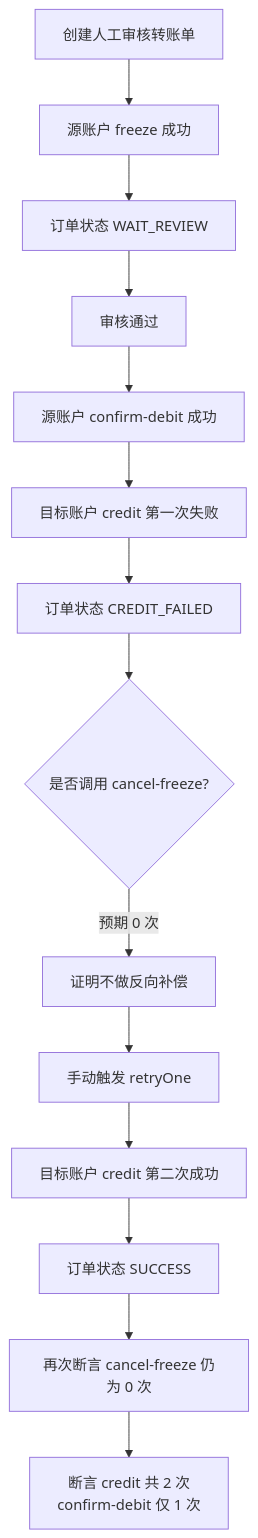
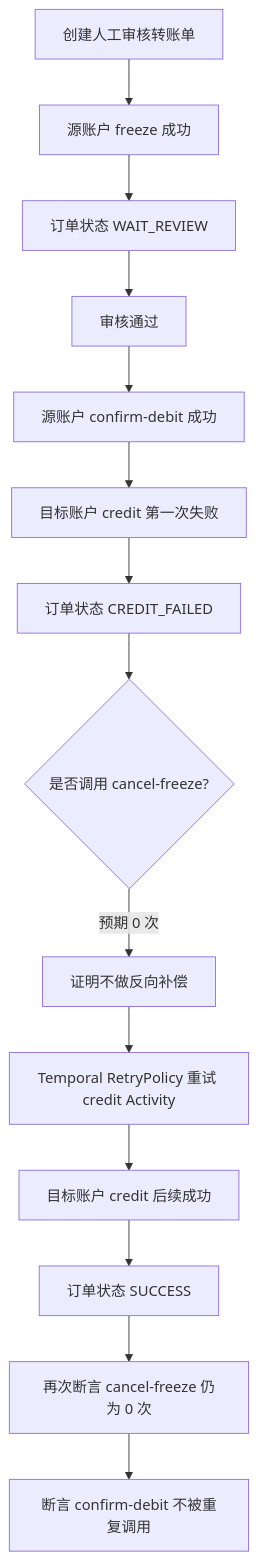
Before and after one commit to recluse01/demo-transfer: the fifth of 5 diagrams in docs/design/testing-strategy.md, drawn with Mermaid. The commit also changed other lines of this file and 22 other files, not shown here.

````diff
--- a/docs/design/testing-strategy.md
+++ b/docs/design/testing-strategy.md
@@ -184,16 +184,16 @@
 ```mermaid
 flowchart TD
     A[创建人工审核转账单] --> B[源账户 freeze 成功]
     B --> C[订单状态 WAIT_REVIEW]
     C --> D[审核通过]
     D --> E[源账户 confirm-debit 成功]
     E --> F[目标账户 credit 第一次失败]
     F --> G[订单状态 CREDIT_FAILED]
     G --> H{是否调用 cancel-freeze?}
     H -->|预期 0 次| I[证明不做反向补偿]
-    I --> J[手动触发 retryOne]
-    J --> K[目标账户 credit 第二次成功]
+    I --> J[Temporal RetryPolicy 重试 credit Activity]
+    J --> K[目标账户 credit 后续成功]
     K --> L[订单状态 SUCCESS]
     L --> M[再次断言 cancel-freeze 仍为 0 次]
-    M --> N[断言 credit 共 2 次<br/>confirm-debit 仅 1 次]
+    M --> N[断言 confirm-debit 不被重复调用]
 ```
````
